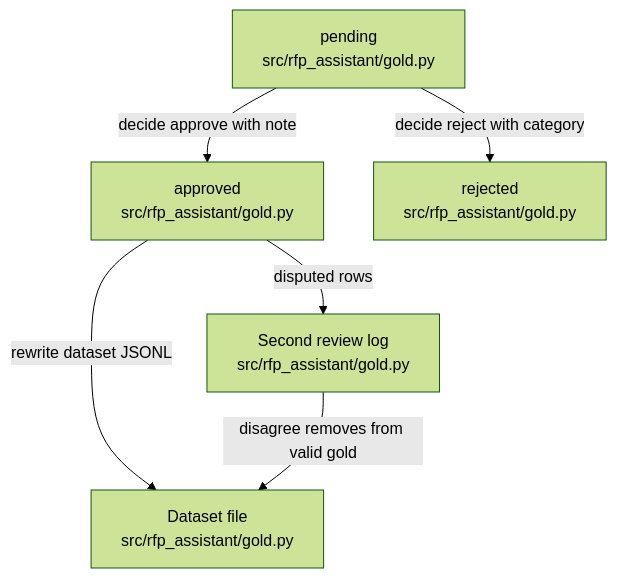
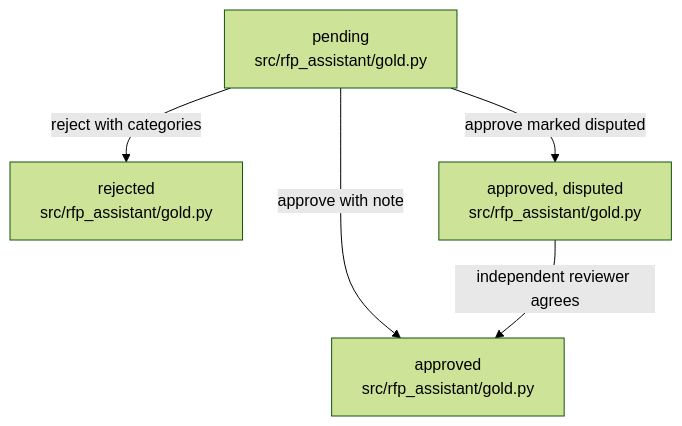
One commit to littleeeeebit/project-codeit-mid changed the diagram in .omm/state-transitions/gold-candidate/diagram.mmd. Above: the diagram before and after it, drawn with Mermaid (forest theme). The commit also changed 349 other files, not shown here.

Commit message:
Refresh wiki and architecture before merge

```diff
--- a/.omm/state-transitions/gold-candidate/diagram.mmd
+++ b/.omm/state-transitions/gold-candidate/diagram.mmd
@@ -1,6 +1,9 @@
 graph TD
-  pending["pending\nsrc/rfp_assistant/gold.py"] -->|"decide approve with note"| approved["approved\nsrc/rfp_assistant/gold.py"]
-  pending -->|"decide reject with category"| rejected["rejected\nsrc/rfp_assistant/gold.py"]
-  approved -->|"disputed rows"| second-review["Second review log\nsrc/rfp_assistant/gold.py"]
-  approved -->|"rewrite dataset JSONL"| dataset-file["Dataset file\nsrc/rfp_assistant/gold.py"]
-  second-review -->|"disagree removes from valid gold"| dataset-file
+  pending["pending\nsrc/rfp_assistant/gold.py"]
+  approved["approved\nsrc/rfp_assistant/gold.py"]
+  rejected["rejected\nsrc/rfp_assistant/gold.py"]
+  awaiting_second_review["approved, disputed\nsrc/rfp_assistant/gold.py"]
+  pending -->|"approve with note"| approved
+  pending -->|"reject with categories"| rejected
+  pending -->|"approve marked disputed"| awaiting_second_review
+  awaiting_second_review -->|"independent reviewer agrees"| approved
```
